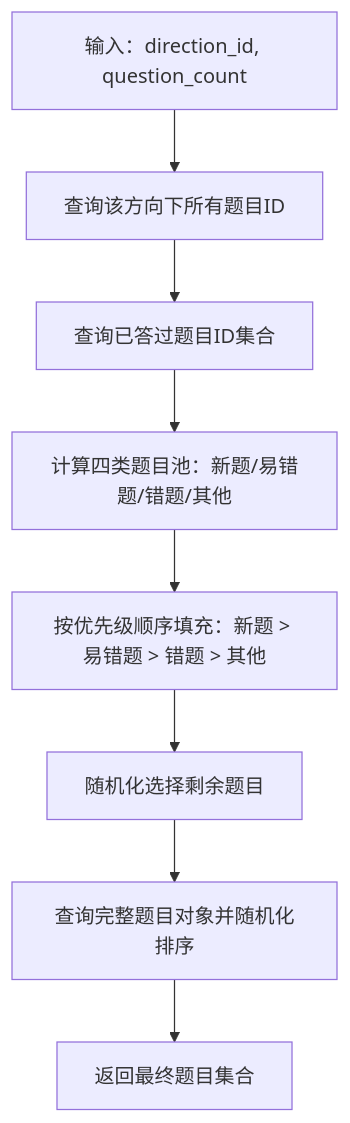
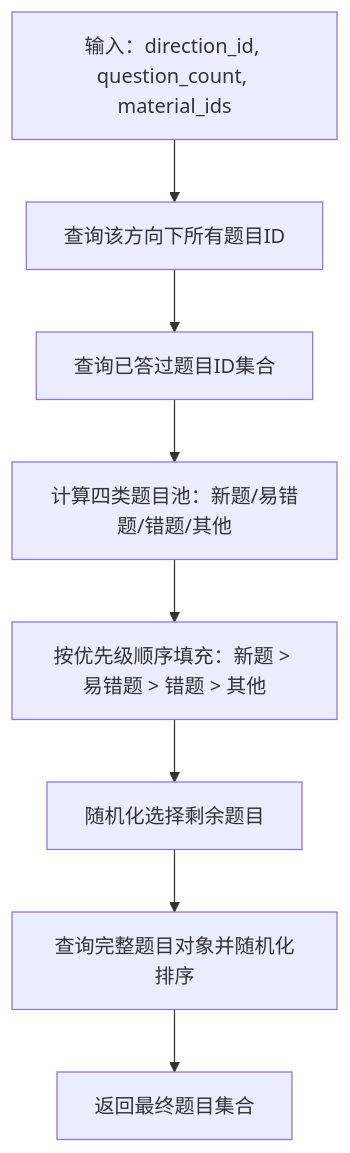
One commit to zhiwenli-jack/personal-learning-manager changed the seventh of 11 diagrams in .qoder/repowiki/zh/content/后端API文档/测验系统API.md. Above: the diagram before and after it, drawn with Mermaid. The commit also changed other lines of this file and 6 other files, not shown here.

````diff
--- a/.qoder/repowiki/zh/content/后端API文档/测验系统API.md
+++ b/.qoder/repowiki/zh/content/后端API文档/测验系统API.md
@@ -209,10 +305,10 @@
 ```mermaid
 flowchart TD
-A["输入：direction_id, question_count"] --> B["查询该方向下所有题目ID"]
+A["输入：direction_id, question_count, material_ids"] --> B["查询该方向下所有题目ID"]
 B --> C["查询已答过题目ID集合"]
 C --> D["计算四类题目池：新题/易错题/错题/其他"]
 D --> E["按优先级顺序填充：新题 > 易错题 > 错题 > 其他"]
 E --> F["随机化选择剩余题目"]
 F --> G["查询完整题目对象并随机化排序"]
 G --> H["返回最终题目集合"]
 ```
````
